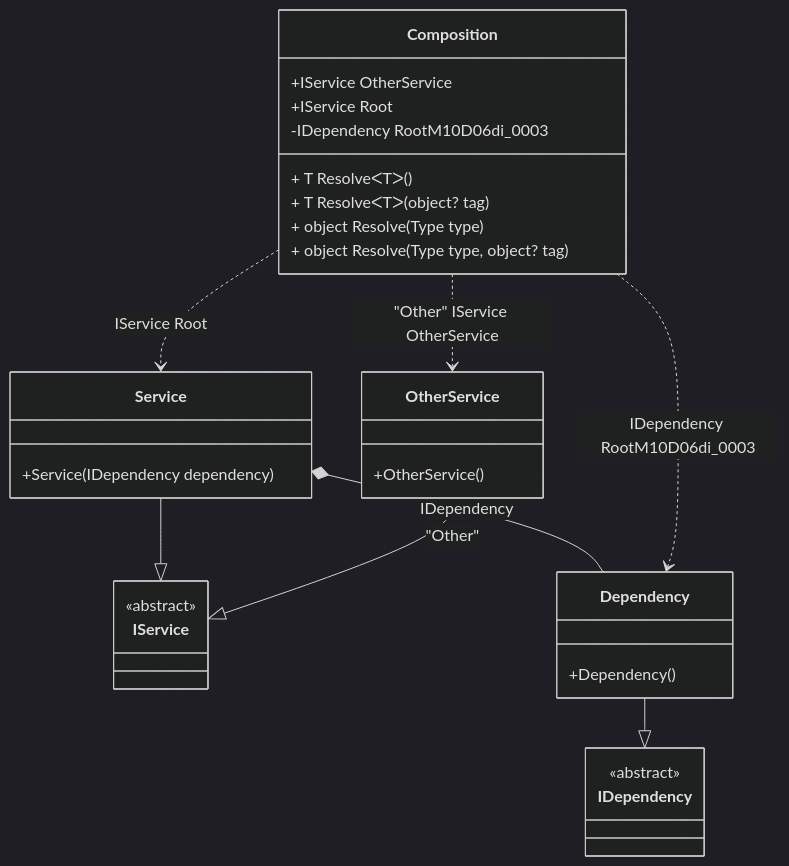
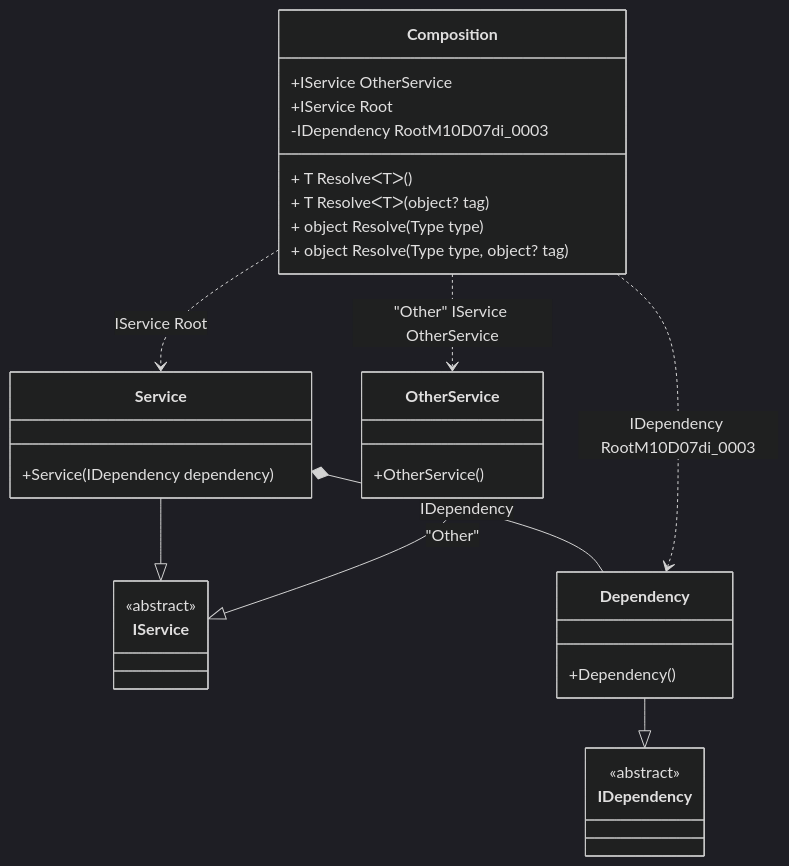
Before and after one commit to DevTeam/Pure.DI: the diagram in readme/composition-roots.md, drawn with Mermaid (dark theme). The commit also changed other lines of this file and 102 other files, not shown here.

````diff
--- a/readme/composition-roots.md
+++ b/readme/composition-roots.md
@@ -45,34 +45,34 @@
 ```mermaid
 classDiagram
   class Composition {
     +IService OtherService
     +IService Root
-    -IDependency RootM10D06di_0003
+    -IDependency RootM10D07di_0003
     + T ResolveᐸTᐳ()
     + T ResolveᐸTᐳ(object? tag)
     + object Resolve(Type type)
     + object Resolve(Type type, object? tag)
   }
   Service --|> IService : 
   class Service {
     +Service(IDependency dependency)
   }
   OtherService --|> IService : "Other" 
   class OtherService {
     +OtherService()
   }
   Dependency --|> IDependency : 
   class Dependency {
     +Dependency()
   }
   class IService {
     <<abstract>>
   }
   class IDependency {
     <<abstract>>
   }
   Service *--  Dependency : IDependency
   Composition ..> Service : IService Root
   Composition ..> OtherService : "Other" IService OtherService
-  Composition ..> Dependency : IDependency RootM10D06di_0003
+  Composition ..> Dependency : IDependency RootM10D07di_0003
 ```
````
